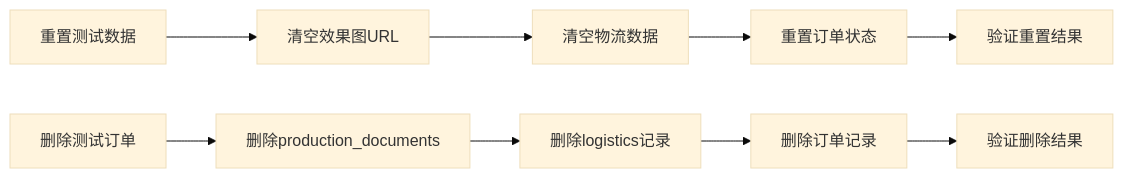
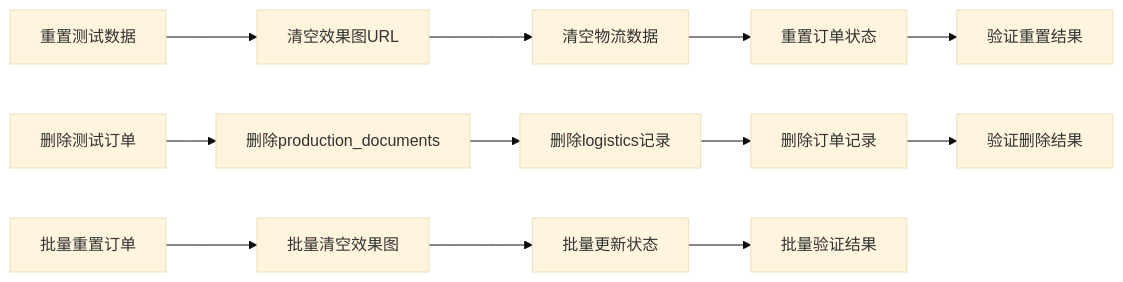
The sixth of 13 diagrams in .qoder/repowiki/zh/content/开发指南/测试与开发工具/待确认订单测试文档.md (SY6621/POD-Order-Management), drawn with Mermaid (base theme) before and after one commit. The commit also changed other lines of this file and 30 other files, not shown here.

````diff
--- a/.qoder/repowiki/zh/content/开发指南/测试与开发工具/待确认订单测试文档.md
+++ b/.qoder/repowiki/zh/content/开发指南/测试与开发工具/待确认订单测试文档.md
@@ -283,11 +311,14 @@
 ```mermaid
 flowchart LR
 A[重置测试数据] --> B[清空效果图URL]
 B --> C[清空物流数据]
 C --> D[重置订单状态]
 D --> E[验证重置结果]
 F[删除测试订单] --> G[删除production_documents]
 G --> H[删除logistics记录]
 H --> I[删除订单记录]
 I --> J[验证删除结果]
+K[批量重置订单] --> L[批量清空效果图]
+L --> M[批量更新状态]
+M --> N[批量验证结果]
 ```
````
